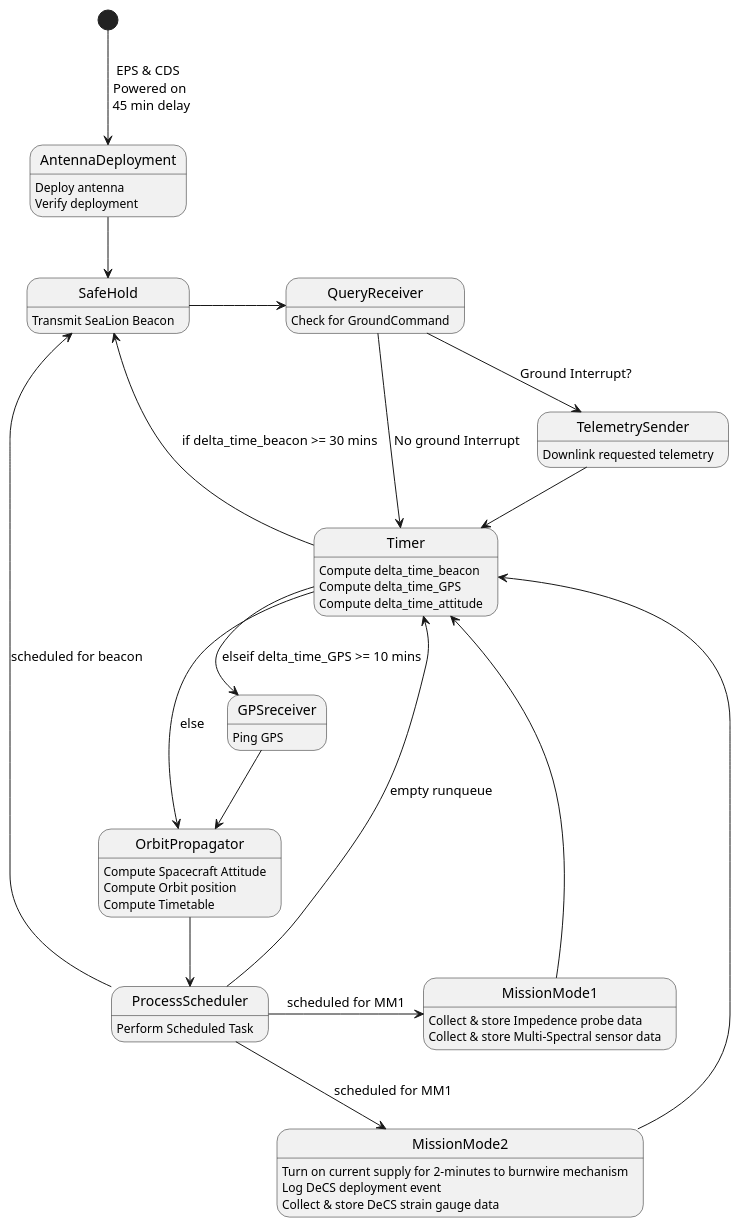
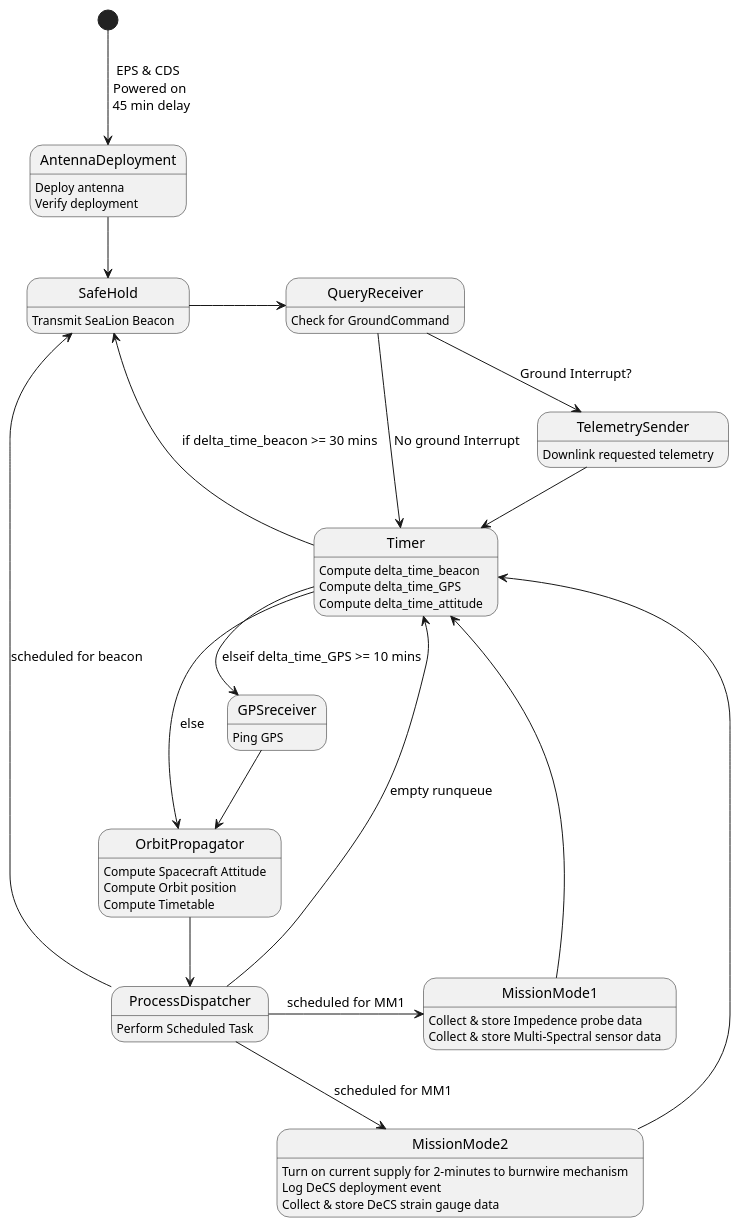
Before and after one commit to ODU-CGA-CubeSat/FSW: the diagram in fsw-architecture/operating-mode-as-fsm.puml, drawn with PlantUML.

Commit message:
rename ProcessScheduler to ProcessDispatcher

```diff
--- a/fsw-architecture/operating-mode-as-fsm.puml
+++ b/fsw-architecture/operating-mode-as-fsm.puml
@@ -1,49 +1,49 @@
 @startuml
 
 state AntennaDeployment
       AntennaDeployment : Deploy antenna
       AntennaDeployment : Verify deployment
 state SafeHold
       SafeHold : Transmit SeaLion Beacon
 state QueryReceiver
       QueryReceiver : Check for GroundCommand
 state TelemetrySender
       TelemetrySender : Downlink requested telemetry
 state Timer
       Timer : Compute delta_time_beacon
       Timer : Compute delta_time_GPS
       Timer : Compute delta_time_attitude
 state MissionMode1
       MissionMode1 : Collect & store Impedence probe data
       MissionMode1 : Collect & store Multi-Spectral sensor data
 state MissionMode2
       MissionMode2 : Turn on current supply for 2-minutes to burnwire mechanism
       MissionMode2 : Log DeCS deployment event
       MissionMode2 : Collect & store DeCS strain gauge data
-state ProcessScheduler
-      ProcessScheduler : Perform Scheduled Task
+state ProcessDispatcher
+      ProcessDispatcher : Perform Scheduled Task
 state OrbitPropagator
       OrbitPropagator : Compute Spacecraft Attitude
       OrbitPropagator : Compute Orbit position
       OrbitPropagator : Compute Timetable
 state GPSreceiver
       GPSreceiver : Ping GPS
 
 [*] --> AntennaDeployment : EPS & CDS \n Powered on \n 45 min delay
 AntennaDeployment --> SafeHold
 SafeHold -> QueryReceiver
 QueryReceiver --> TelemetrySender : Ground Interrupt?
 QueryReceiver -> Timer : No ground Interrupt
 TelemetrySender --> Timer
 MissionMode1 --> Timer
 MissionMode2 --> Timer
 GPSreceiver --> OrbitPropagator
-OrbitPropagator --> ProcessScheduler
+OrbitPropagator --> ProcessDispatcher
 Timer --> SafeHold : if delta_time_beacon >= 30 mins
 Timer --> GPSreceiver : elseif delta_time_GPS >= 10 mins
 Timer --> OrbitPropagator : else
-ProcessScheduler --> SafeHold : scheduled for beacon
-ProcessScheduler -> MissionMode1 : scheduled for MM1
-ProcessScheduler --> MissionMode2 : scheduled for MM1
-ProcessScheduler --> Timer : empty runqueue
+ProcessDispatcher --> SafeHold : scheduled for beacon
+ProcessDispatcher -> MissionMode1 : scheduled for MM1
+ProcessDispatcher --> MissionMode2 : scheduled for MM1
+ProcessDispatcher --> Timer : empty runqueue
 @enduml
```
